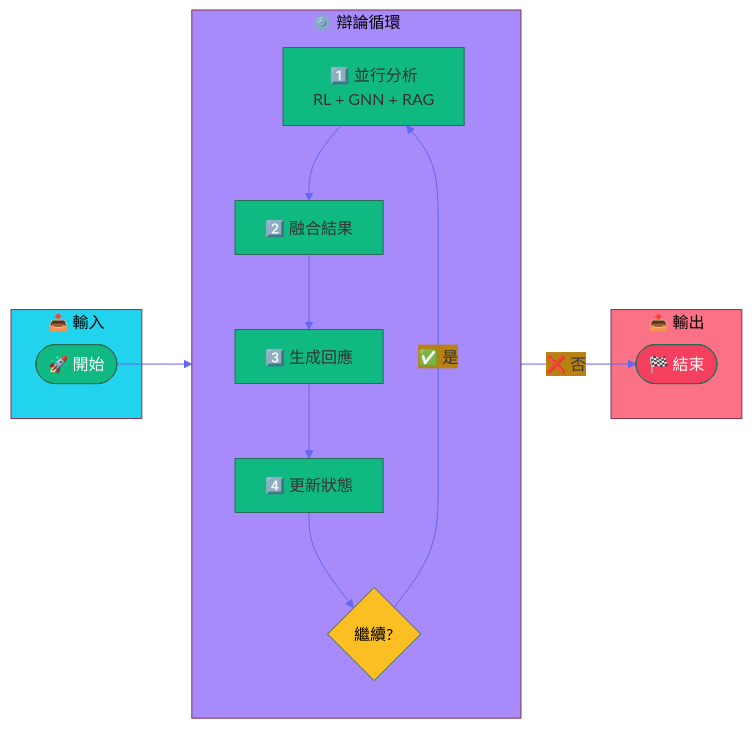
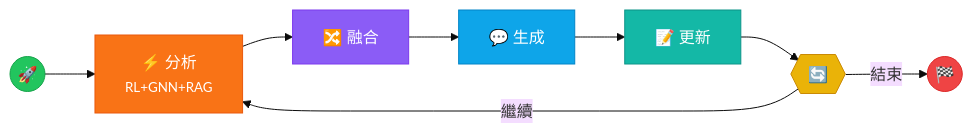
The fifth of 5 diagrams in README.md (AluminumShark/Social-Debate-AI), drawn with Mermaid before and after one commit. The commit also changed other lines of this file, not shown here.

First line of the commit message:
style(docs): redesign README Mermaid diagrams for better aesthetics

````diff
--- a/README.md
+++ b/README.md
@@ -530,36 +440,25 @@
 ```mermaid
-%%{init: {'theme': 'base', 'themeVariables': { 'primaryColor': '#10b981', 'lineColor': '#6366f1'}}}%%
+%%{init: {'theme': 'base'}}%%
 flowchart LR
-    subgraph Input["📥 輸入"]
-        Start(["🚀 開始"])
-    end
+    S((🚀))
+    S --> A
 
-    subgraph Process["⚙️ 辯論循環"]
-        direction TB
-        Analyze["1️⃣ 並行分析<br/>RL + GNN + RAG"]
-        Fuse["2️⃣ 融合結果"]
-        Generate["3️⃣ 生成回應"]
-        Update["4️⃣ 更新狀態"]
-        Check{"繼續?"}
-        
-        Analyze --> Fuse
-        Fuse --> Generate
-        Generate --> Update
-        Update --> Check
-        Check -->|"✅ 是"| Analyze
-    end
+    A["⚡ 分析<br/><small>RL+GNN+RAG</small>"]
+    B["🔀 融合"]
+    C["💬 生成"]
+    D["📝 更新"]
+    E{{"🔄"}}
+    F((🏁))
 
-    subgraph Output["📤 輸出"]
-        End(["🏁 結束"])
-    end
+    A --> B --> C --> D --> E
+    E -->|"繼續"| A
+    E -->|"結束"| F
 
-    Start --> Analyze
-    Check -->|"❌ 否"| End
-
-    style Input fill:#22d3ee,color:#000
-    style Process fill:#a78bfa,color:#000
-    style Output fill:#fb7185,color:#000
-    style Start fill:#10b981,color:#fff
-    style End fill:#f43f5e,color:#fff
-    style Check fill:#fbbf24,color:#000
+    style S fill:#22c55e,stroke:#16a34a,color:#fff
+    style A fill:#f97316,stroke:#ea580c,color:#fff
+    style B fill:#8b5cf6,stroke:#7c3aed,color:#fff
+    style C fill:#0ea5e9,stroke:#0284c7,color:#fff
+    style D fill:#14b8a6,stroke:#0d9488,color:#fff
+    style E fill:#eab308,stroke:#ca8a04,color:#000
+    style F fill:#ef4444,stroke:#dc2626,color:#fff
 ```
````
